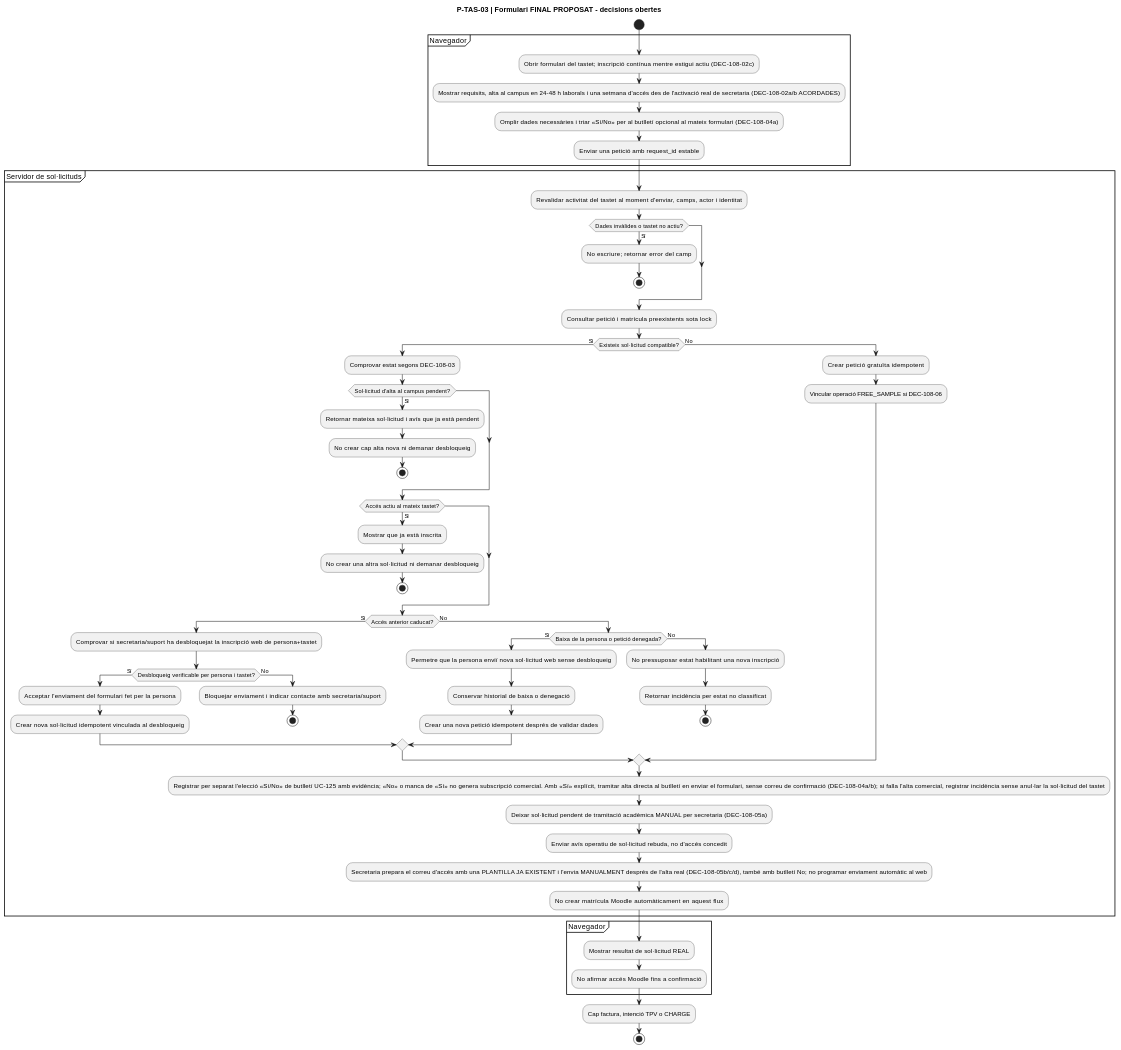
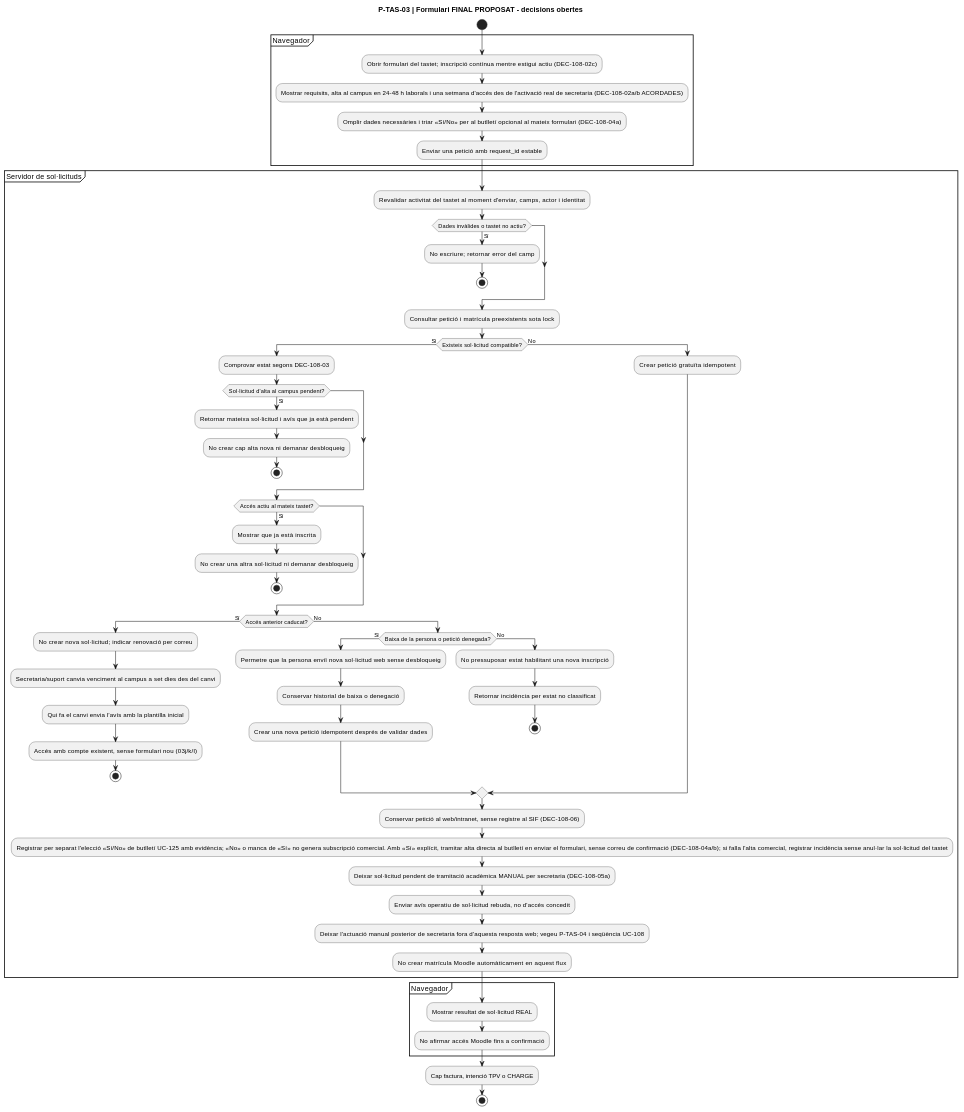
One commit to orgmeriemprismacat-del/verifactu changed diagram 16 of 32 in documentacio/07-uml-integrat/uc-108-activitats-pagines-tastets-actual-final.md. Above: the diagram before and after it, drawn with PlantUML. The commit also changed other lines of this file and 17 other files, not shown here.

````diff
--- a/documentacio/07-uml-integrat/uc-108-activitats-pagines-tastets-actual-final.md
+++ b/documentacio/07-uml-integrat/uc-108-activitats-pagines-tastets-actual-final.md
@@ -367,67 +369,64 @@
 ```plantuml
 @startuml
 title P-TAS-03 | Formulari FINAL PROPOSAT - decisions obertes
 start
 partition "Navegador" {
   :Obrir formulari del tastet; inscripció contínua mentre estigui actiu (DEC-108-02c);
   :Mostrar requisits, alta al campus en 24–48 h laborals i una setmana d'accés des de l'activació real de secretaria (DEC-108-02a/b ACORDADES);
   :Omplir dades necessàries i triar «Sí/No» per al butlletí opcional al mateix formulari (DEC-108-04a);
   :Enviar una petició amb request_id estable;
 }
 partition "Servidor de sol·licituds" {
   :Revalidar activitat del tastet al moment d'enviar, camps, actor i identitat;
   if (Dades invàlides o tastet no actiu?) then (Sí)
     :No escriure; retornar error del camp;
     stop
   endif
   :Consultar petició i matrícula preexistents sota lock;
   if (Existeix sol·licitud compatible?) then (Sí)
     :Comprovar estat segons DEC-108-03;
     if (Sol·licitud d'alta al campus pendent?) then (Sí)
       :Retornar mateixa sol·licitud i avís que ja està pendent;
       :No crear cap alta nova ni demanar desbloqueig;
       stop
     endif
     if (Accés actiu al mateix tastet?) then (Sí)
       :Mostrar que ja està inscrita;
       :No crear una altra sol·licitud ni demanar desbloqueig;
       stop
     endif
     if (Accés anterior caducat?) then (Sí)
-      :Comprovar si secretaria/suport ha desbloquejat la inscripció web de persona+tastet;
-      if (Desbloqueig verificable per persona i tastet?) then (Sí)
-        :Acceptar l'enviament del formulari fet per la persona;
-        :Crear nova sol·licitud idempotent vinculada al desbloqueig;
-      else (No)
-        :Bloquejar enviament i indicar contacte amb secretaria/suport;
-        stop
-      endif
+      :No crear nova sol·licitud; indicar renovació per correu;
+      :Secretaria/suport canvia venciment al campus a set dies des del canvi;
+      :Qui fa el canvi envia l’avís amb la plantilla inicial;
+      :Accés amb compte existent, sense formulari nou (03j/k/l);
+      stop
     else (No)
       if (Baixa de la persona o petició denegada?) then (Sí)
         :Permetre que la persona enviï nova sol·licitud web sense desbloqueig;
         :Conservar historial de baixa o denegació;
         :Crear una nova petició idempotent després de validar dades;
       else (No)
         :No pressuposar estat habilitant una nova inscripció;
         :Retornar incidència per estat no classificat;
         stop
       endif
     endif
   else (No)
     :Crear petició gratuïta idempotent;
-    :Vincular operació FREE_SAMPLE si DEC-108-06;
   endif
+  :Conservar petició al web/intranet, sense registre al SIF (DEC-108-06);
   :Registrar per separat l'elecció «Sí/No» de butlletí UC-125 amb evidència; «No» o manca de «Sí» no genera subscripció comercial. Amb «Sí» explícit, tramitar alta directa al butlletí en enviar el formulari, sense correu de confirmació (DEC-108-04a/b); si falla l'alta comercial, registrar incidència sense anul·lar la sol·licitud del tastet;
   :Deixar sol·licitud pendent de tramitació acadèmica MANUAL per secretaria (DEC-108-05a);
   :Enviar avís operatiu de sol·licitud rebuda, no d'accés concedit;
-  :Secretaria prepara el correu d'accés amb una PLANTILLA JA EXISTENT i l'envia MANUALMENT després de l'alta real (DEC-108-05b/c/d), també amb butlletí No; no programar enviament automàtic al web;
+  :Deixar l’actuació manual posterior de secretaria fora d’aquesta resposta web; vegeu P-TAS-04 i seqüència UC-108;
   :No crear matrícula Moodle automàticament en aquest flux;
 }
 partition "Navegador" {
   :Mostrar resultat de sol·licitud REAL;
   :No afirmar accés Moodle fins a confirmació;
 }
 :Cap factura, intenció TPV o CHARGE;
 stop
 @enduml
 ```
````
